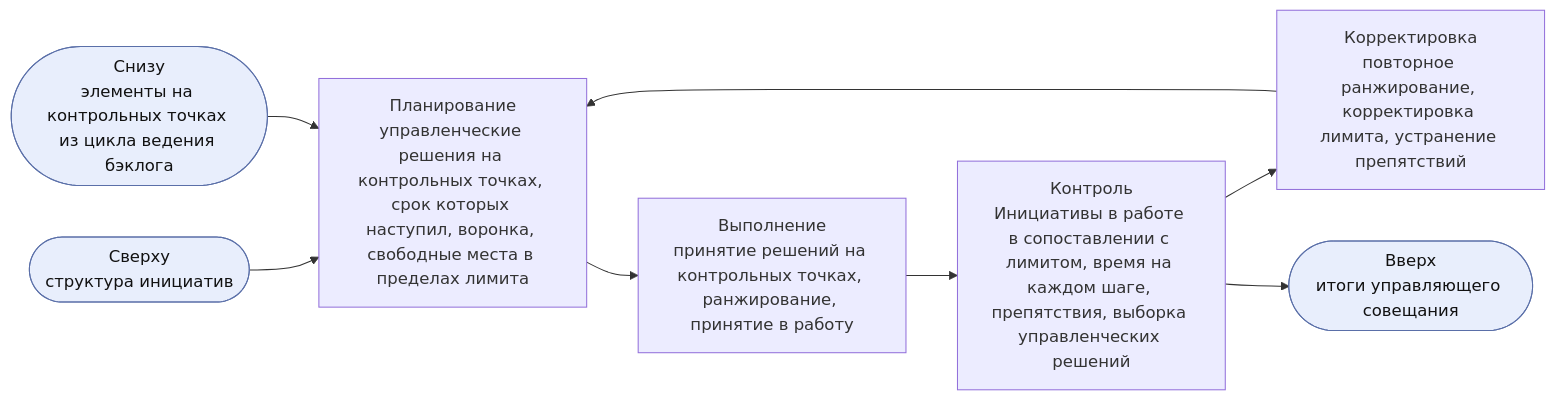
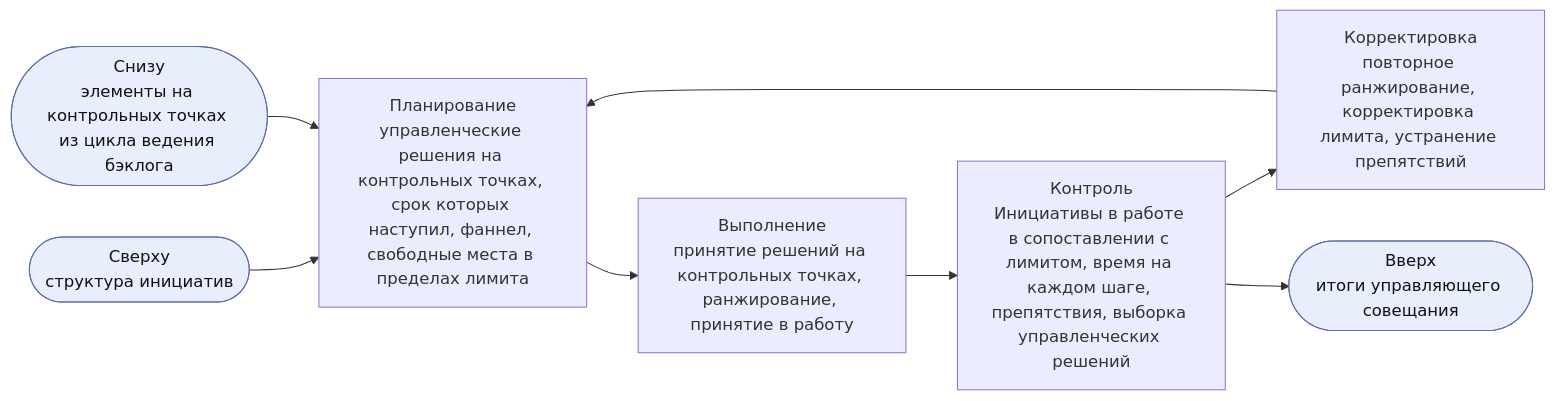
One commit to devhogu/ob-aicc changed the third of 8 diagrams in charter/ru/documents/portfolio-management-model.md. Above: the diagram before and after it, drawn with Mermaid. The commit also changed other lines of this file and 96 other files, not shown here.

First line of the commit message:
Russian edition: the portfolio Funnel is «фаннел», not «воронка»

````diff
--- a/charter/ru/documents/portfolio-management-model.md
+++ b/charter/ru/documents/portfolio-management-model.md
@@ -97,8 +97,8 @@
 ```mermaid
 flowchart LR
   IN(["Сверху<br/>структура инициатив"]):::iface --> P
-  P["Планирование<br/>управленческие решения на контрольных точках, срок которых наступил, воронка, свободные места в пределах лимита"] --> D["Выполнение<br/>принятие решений на контрольных точках, ранжирование, принятие в работу"] --> C["Контроль<br/>Инициативы в работе в сопоставлении с лимитом, время на каждом шаге, препятствия, выборка управленческих решений"] --> A["Корректировка<br/>повторное ранжирование, корректировка лимита, устранение препятствий"] --> P
+  P["Планирование<br/>управленческие решения на контрольных точках, срок которых наступил, фаннел, свободные места в пределах лимита"] --> D["Выполнение<br/>принятие решений на контрольных точках, ранжирование, принятие в работу"] --> C["Контроль<br/>Инициативы в работе в сопоставлении с лимитом, время на каждом шаге, препятствия, выборка управленческих решений"] --> A["Корректировка<br/>повторное ранжирование, корректировка лимита, устранение препятствий"] --> P
   EV(["Снизу<br/>элементы на контрольных точках из цикла ведения бэклога"]):::iface --> P
   C --> UP(["Вверх<br/>итоги управляющего совещания"]):::iface
   classDef iface fill:#e8eefc,stroke:#5a6fa8,color:#111
 ```
````
